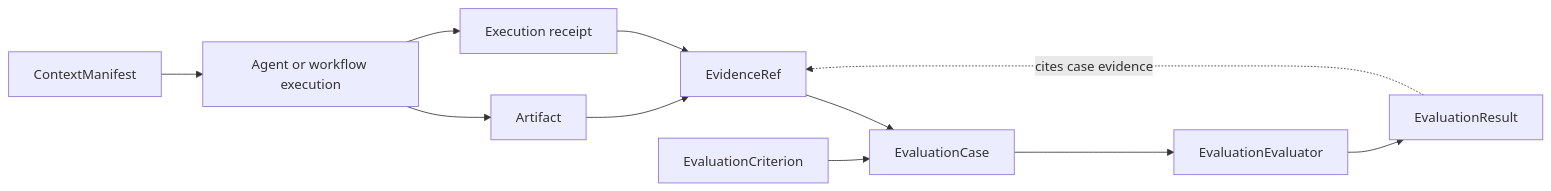
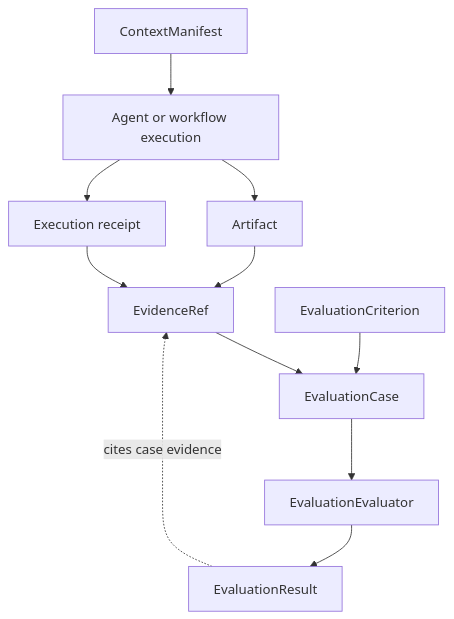
Before and after one commit to theGeekist/llm-core: the diagram in docs/capabilities/evaluation.md, drawn with Mermaid. The commit also changed 36 other files, not shown here.

Commit message:
docs(llm-core): correct v2 architecture guidance

````diff
--- a/docs/capabilities/evaluation.md
+++ b/docs/capabilities/evaluation.md
@@ -14,13 +14,13 @@
 ```mermaid
-flowchart LR
+flowchart TB
   Context["ContextManifest"] --> Run["Agent or workflow execution"]
   Run --> Artifact["Artifact"]
   Run --> Receipt["Execution receipt"]
   Artifact --> Evidence["EvidenceRef"]
   Receipt --> Evidence
   Evidence --> Case["EvaluationCase"]
   Criterion["EvaluationCriterion"] --> Case
   Case --> Evaluator["EvaluationEvaluator"]
   Evaluator --> Result["EvaluationResult"]
   Result -. "cites case evidence" .-> Evidence
 ```
````
